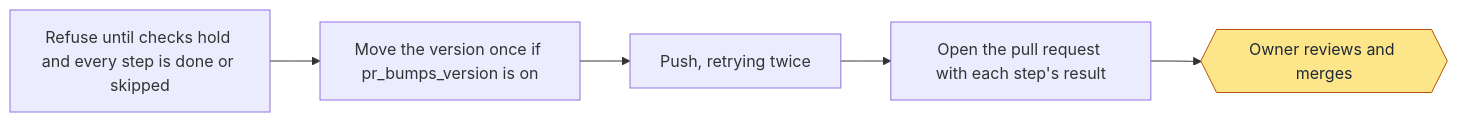
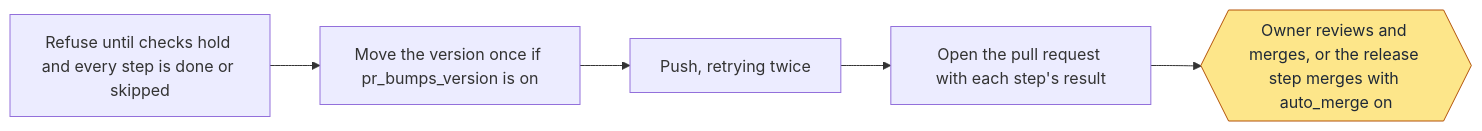
One commit to jcl2018/agent-workflow-template changed the eighth of 12 diagrams in docs/wiki/Delivery.md. Above: the diagram before and after it, drawn with Mermaid. The commit also changed other lines of this file and 16 other files, not shown here.

First line of the commit message:
Run this repo with no gates: no checks, auto-approve, auto-merge

````diff
--- a/docs/wiki/Delivery.md
+++ b/docs/wiki/Delivery.md
@@ -211,14 +219,14 @@
 ```mermaid
 flowchart LR
   a["Refuse until checks hold and every step is done or skipped"]
   b["Move the version once if pr_bumps_version is on"]
   c["Push, retrying twice"]
   d["Open the pull request with each step's result"]
-  o{{"Owner reviews and merges"}}
+  o{{"Owner reviews and merges, or the release step merges with auto_merge on"}}
   a --> b
   b --> c
   c --> d
   d --> o
   classDef owner fill:#fde68a,stroke:#b45309,color:#1f2937
   class o owner
 ```
````
